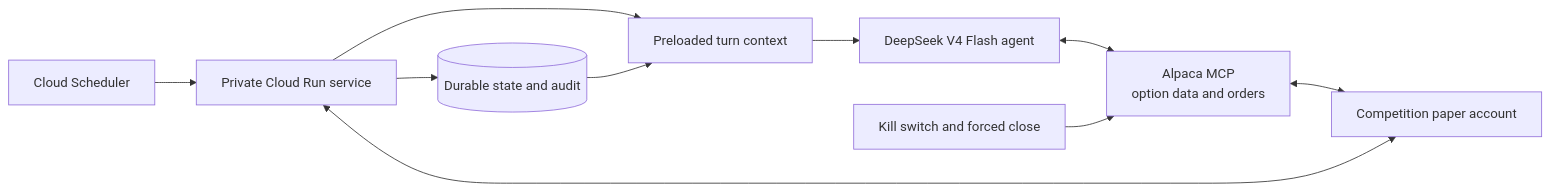
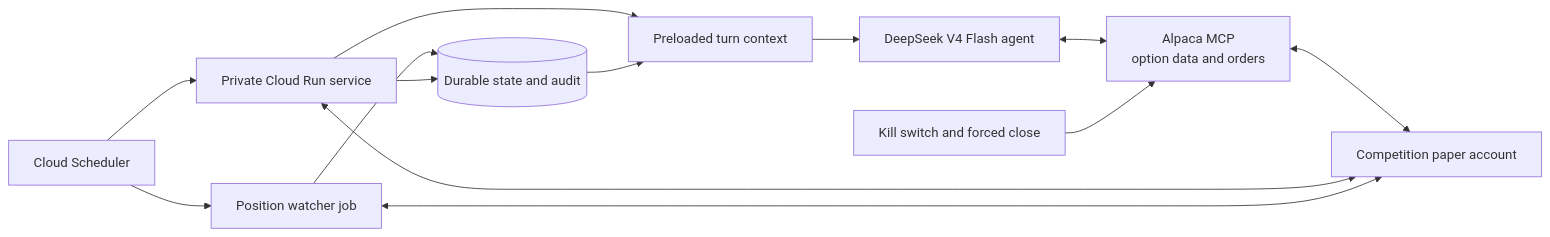
The diagram in docs/architecture.md (z-siddiqi/alpaca-market-agent), drawn with Mermaid before and after one commit. The commit also changed other lines of this file and 26 other files, not shown here.

Commit message:
add position watcher

````diff
--- a/docs/architecture.md
+++ b/docs/architecture.md
@@ -7,12 +7,15 @@
 ```mermaid
 flowchart LR
     scheduler["Cloud Scheduler"] --> runtime["Private Cloud Run service"]
+    scheduler --> watcher["Position watcher job"]
     runtime --> context["Preloaded turn context"]
     state[("Durable state and audit")] --> context
     context --> agent["DeepSeek V4 Flash agent"]
     agent <--> mcp["Alpaca MCP<br/>option data and orders"]
     mcp <--> account["Competition paper account"]
     runtime <--> account
+    watcher <--> account
+    watcher --> state
     runtime --> state
     backstop["Kill switch and forced close"] --> mcp
 ```
````
